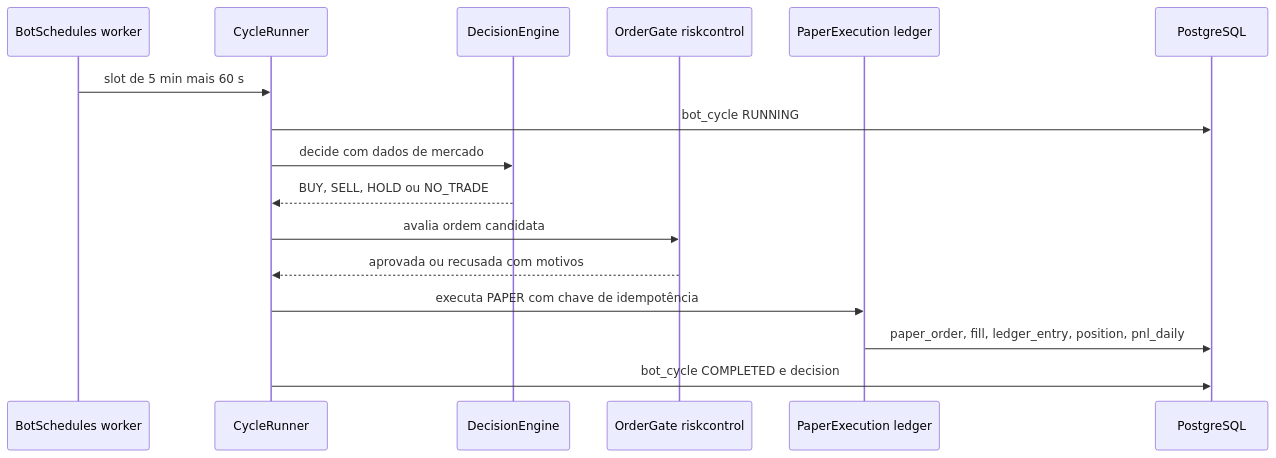
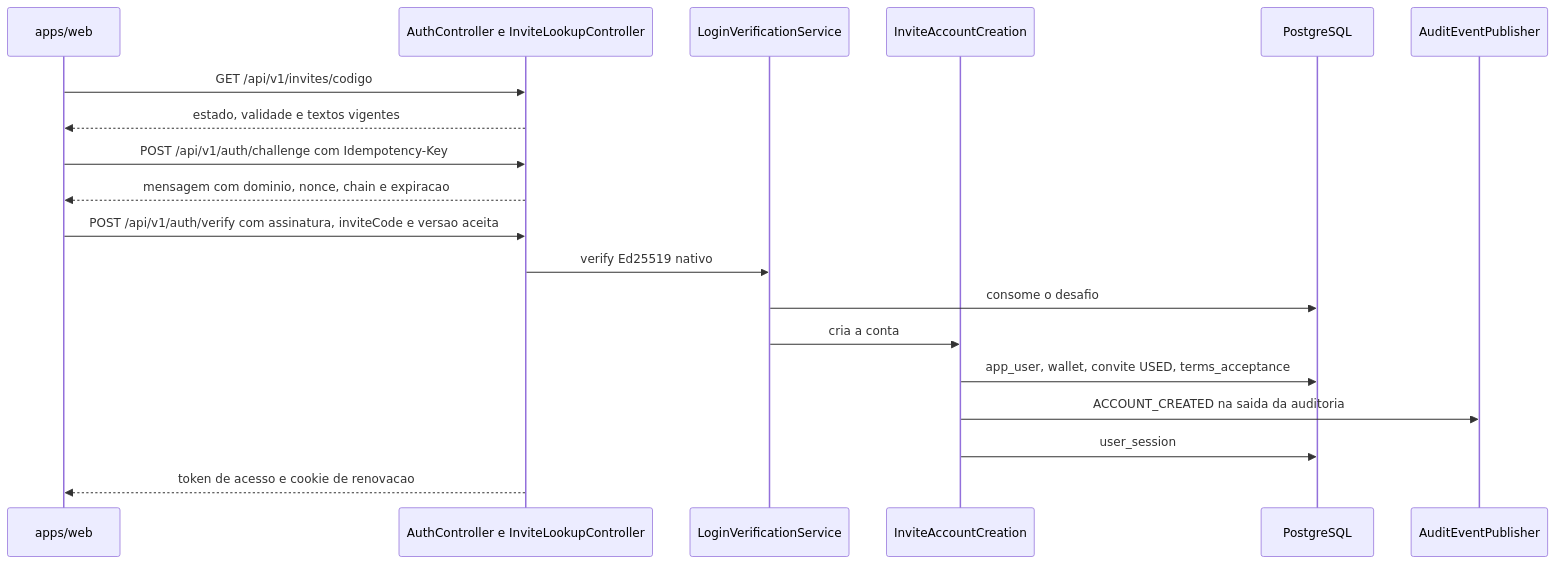
The fifth of 5 diagrams in aidlc/spaces/default/codekb/eureka-trader-ai/architecture.md (rafaelcruz-net/eureka-trade-ai), drawn with Mermaid before and after one commit. The commit also changed other lines of this file and 824 other files, not shown here.

````diff
--- a/aidlc/spaces/default/codekb/eureka-trader-ai/architecture.md
+++ b/aidlc/spaces/default/codekb/eureka-trader-ai/architecture.md
@@ -238,18 +300,21 @@
 ```mermaid
 sequenceDiagram
-  participant W as BotSchedules worker
-  participant CR as CycleRunner
-  participant DE as DecisionEngine
-  participant OG as OrderGate riskcontrol
-  participant PE as PaperExecution ledger
+  participant B as apps/web
+  participant AC as AuthController e InviteLookupController
+  participant LV as LoginVerificationService
+  participant IC as InviteAccountCreation
   participant DB as PostgreSQL
-  W->>CR: slot de 5 min mais 60 s
-  CR->>DB: bot_cycle RUNNING
-  CR->>DE: decide com dados de mercado
-  DE-->>CR: BUY, SELL, HOLD ou NO_TRADE
-  CR->>OG: avalia ordem candidata
-  OG-->>CR: aprovada ou recusada com motivos
-  CR->>PE: executa PAPER com chave de idempotência
-  PE->>DB: paper_order, fill, ledger_entry, position, pnl_daily
-  CR->>DB: bot_cycle COMPLETED e decision
+  participant AP as AuditEventPublisher
+  B->>AC: GET /api/v1/invites/codigo
+  AC-->>B: estado, validade e textos vigentes
+  B->>AC: POST /api/v1/auth/challenge com Idempotency-Key
+  AC-->>B: mensagem com dominio, nonce, chain e expiracao
+  B->>AC: POST /api/v1/auth/verify com assinatura, inviteCode e versao aceita
+  AC->>LV: verify Ed25519 nativo
+  LV->>DB: consome o desafio
+  LV->>IC: cria a conta
+  IC->>DB: app_user, wallet, convite USED, terms_acceptance
+  IC->>AP: ACCOUNT_CREATED na saida da auditoria
+  IC->>DB: user_session
+  AC-->>B: token de acesso e cookie de renovacao
 ```
````
